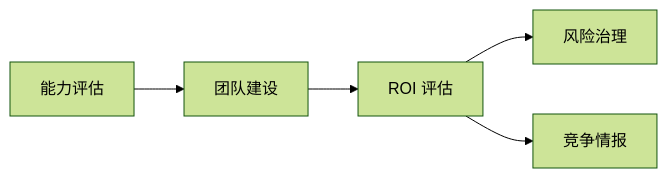
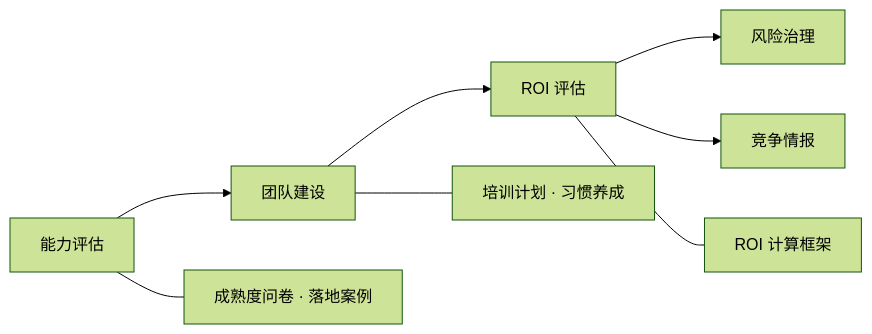
The fourth of 4 diagrams in README.md (kangise/ecommerce-ai-roadmap), drawn with Mermaid (forest theme) before and after one commit. The commit also changed other lines of this file, not shown here.

First line of the commit message:
enhance: add second-level detail to all mermaid diagrams

````diff
--- a/README.md
+++ b/README.md
@@ -217,7 +259,11 @@
 ```mermaid
 flowchart LR
     C1[能力评估] --> C2[团队建设]
     C2 --> C3[ROI 评估]
     C3 --> C4[风险治理]
     C3 --> C5[竞争情报]
+
+    C1 --- C1a[成熟度问卷 · 落地案例]
+    C2 --- C2a[培训计划 · 习惯养成]
+    C3 --- C3a[ROI 计算框架]
 ```
````
